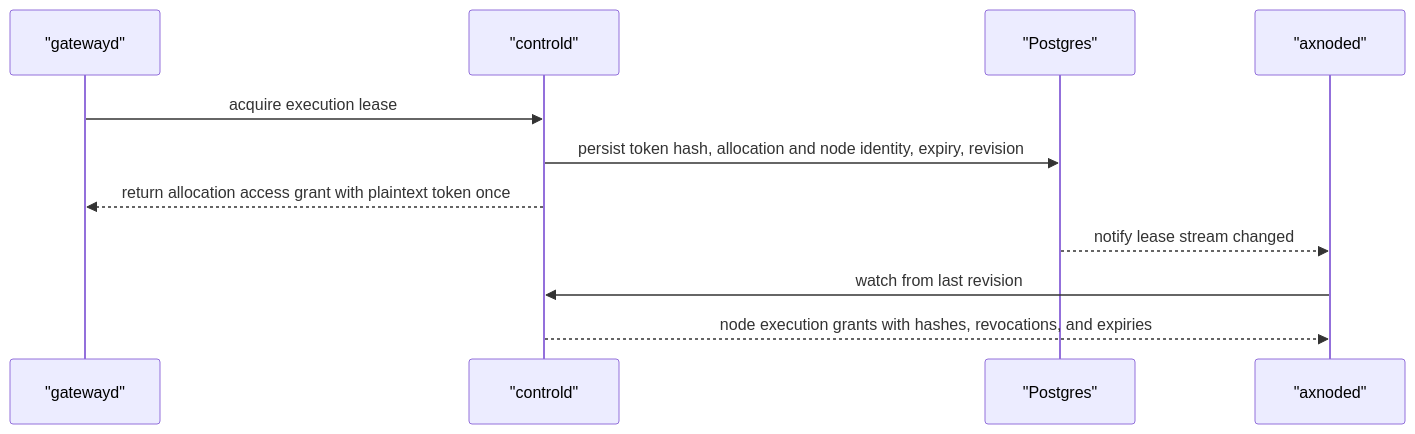
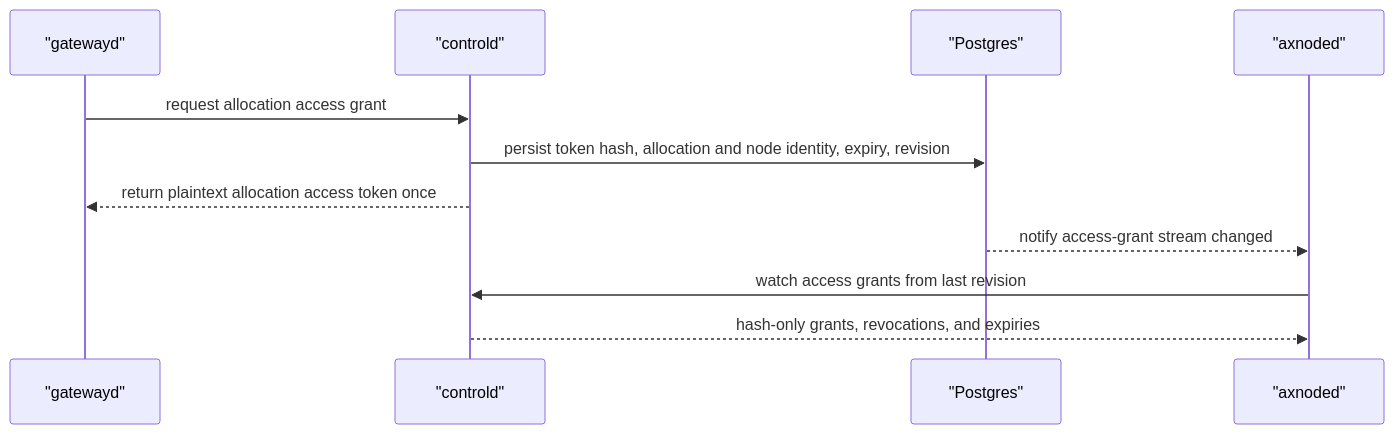
One commit to cofy-x/axern changed the third of 4 diagrams in control/controld/docs/postgres-schema-design.md. Above: the diagram before and after it, drawn with Mermaid. The commit also changed other lines of this file and 265 other files, not shown here.

````diff
--- a/control/controld/docs/postgres-schema-design.md
+++ b/control/controld/docs/postgres-schema-design.md
@@ -100,14 +99,14 @@
 ```mermaid
 sequenceDiagram
   participant Gateway as "gatewayd"
   participant Control as "controld"
   participant DB as "Postgres"
   participant Node as "axnoded"
 
-  Gateway->>Control: acquire execution lease
+  Gateway->>Control: request allocation access grant
   Control->>DB: persist token hash, allocation and node identity, expiry, revision
-  Control-->>Gateway: return allocation access grant with plaintext token once
-  DB-->>Node: notify lease stream changed
-  Node->>Control: watch from last revision
-  Control-->>Node: node execution grants with hashes, revocations, and expiries
+  Control-->>Gateway: return plaintext allocation access token once
+  DB-->>Node: notify access-grant stream changed
+  Node->>Control: watch access grants from last revision
+  Control-->>Node: hash-only grants, revocations, and expiries
 ```
````
